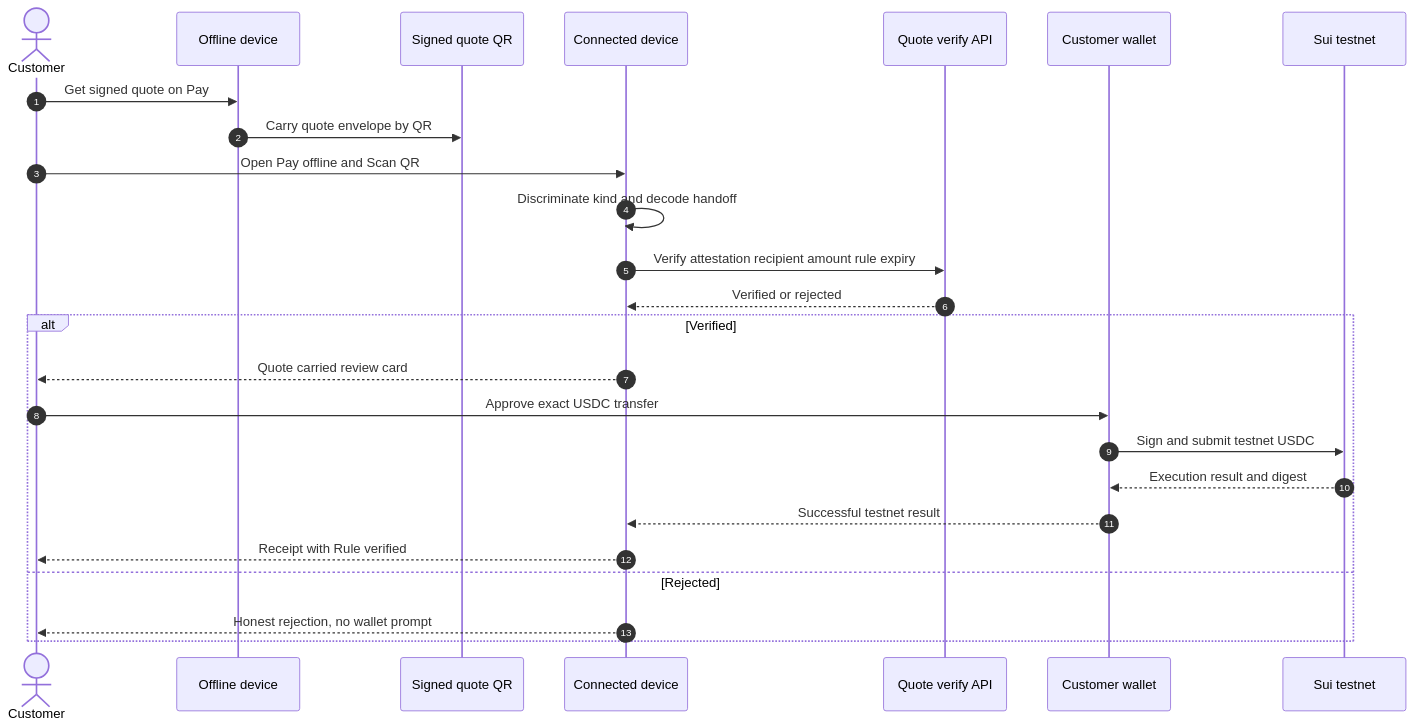
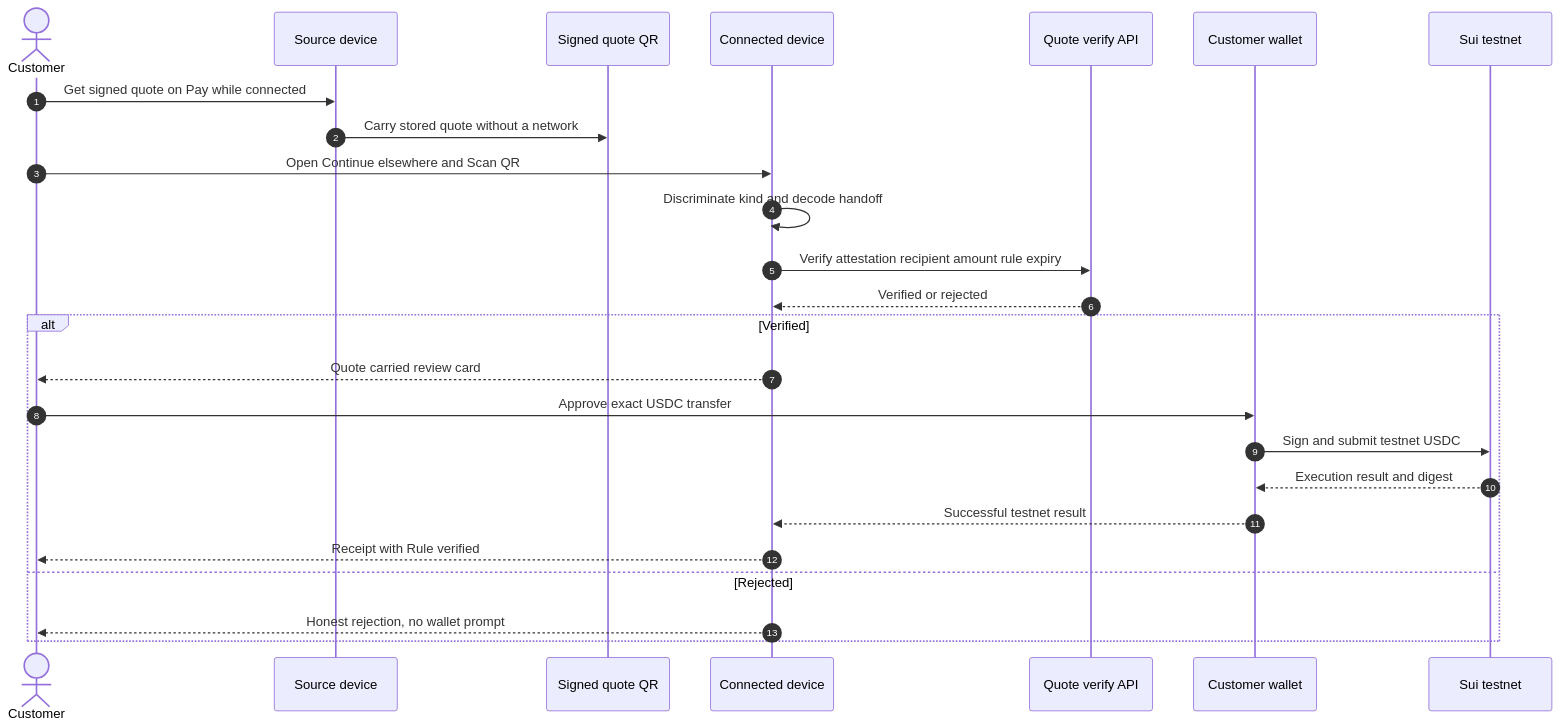
Before and after one commit to MUBA-Hack/convey-sui: the third of 4 diagrams in README.md, drawn with Mermaid. The commit also changed other lines of this file and 57 other files, not shown here.

````diff
--- a/README.md
+++ b/README.md
@@ -461,28 +439,28 @@
 ```mermaid
 sequenceDiagram
   autonumber
   actor Customer
-  participant Offline as Offline device
+  participant Source as Source device
   participant Qr as Signed quote QR
   participant Connected as Connected device
   participant Verify as Quote verify API
   participant Wallet as Customer wallet
   participant Sui as Sui testnet
 
-  Customer->>Offline: Get signed quote on Pay
-  Offline->>Qr: Carry quote envelope by QR
-  Customer->>Connected: Open Pay offline and Scan QR
+  Customer->>Source: Get signed quote on Pay while connected
+  Source->>Qr: Carry stored quote without a network
+  Customer->>Connected: Open Continue elsewhere and Scan QR
   Connected->>Connected: Discriminate kind and decode handoff
   Connected->>Verify: Verify attestation recipient amount rule expiry
   Verify-->>Connected: Verified or rejected
   alt Verified
     Connected-->>Customer: Quote carried review card
     Customer->>Wallet: Approve exact USDC transfer
     Wallet->>Sui: Sign and submit testnet USDC
     Sui-->>Wallet: Execution result and digest
     Wallet-->>Connected: Successful testnet result
     Connected-->>Customer: Receipt with Rule verified
   else Rejected
     Connected-->>Customer: Honest rejection, no wallet prompt
   end
 ```
````
